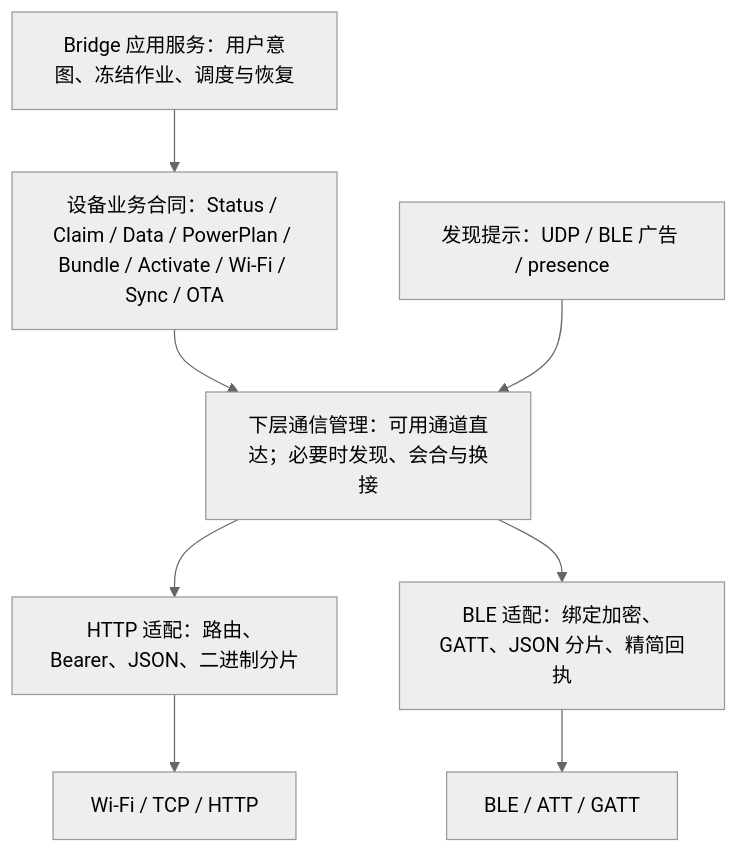
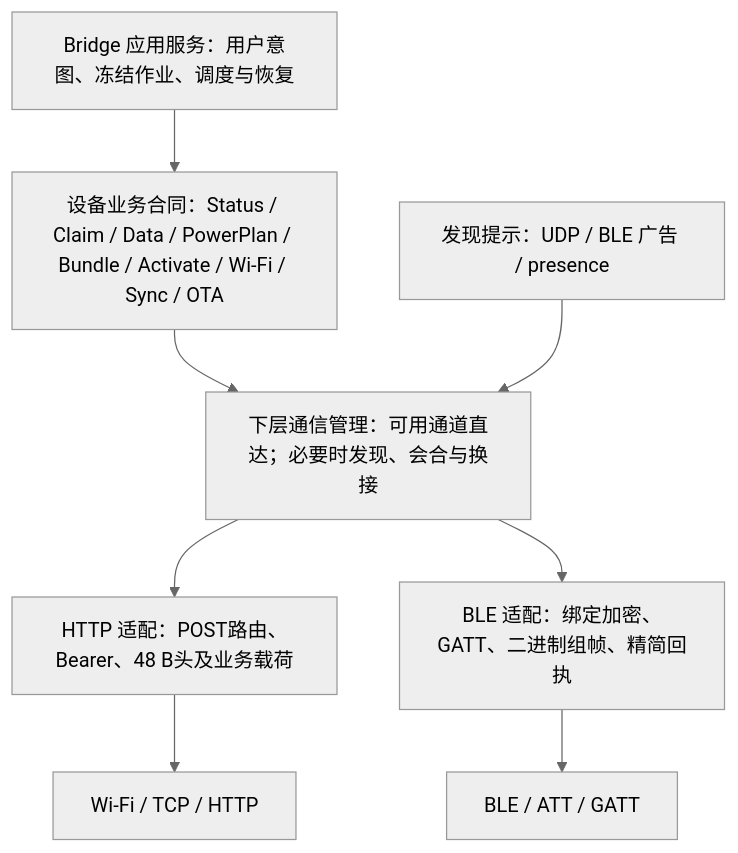
One commit to slepher/codex_status changed the diagram in docs/bridge-device-protocol.md. Above: the diagram before and after it, drawn with Mermaid (neutral theme). The commit also changed other lines of this file and 68 other files, not shown here.

````diff
--- a/docs/bridge-device-protocol.md
+++ b/docs/bridge-device-protocol.md
@@ -19,10 +25,10 @@
 ```mermaid
 flowchart TD
   A[Bridge 应用服务：用户意图、冻结作业、调度与恢复] --> B[设备业务合同：Status / Claim / Data / PowerPlan / Bundle / Activate / Wi-Fi / Sync / OTA]
   B --> L[下层通信管理：可用通道直达；必要时发现、会合与换接]
-  L --> C[HTTP 适配：路由、Bearer、JSON、二进制分片]
-  L --> D[BLE 适配：绑定加密、GATT、JSON 分片、精简回执]
+  L --> C[HTTP 适配：POST路由、Bearer、48 B头及业务载荷]
+  L --> D[BLE 适配：绑定加密、GATT、二进制组帧、精简回执]
   C --> E[Wi-Fi / TCP / HTTP]
   D --> F[BLE / ATT / GATT]
   G[发现提示：UDP / BLE 广告 / presence] --> L
 ```
````
